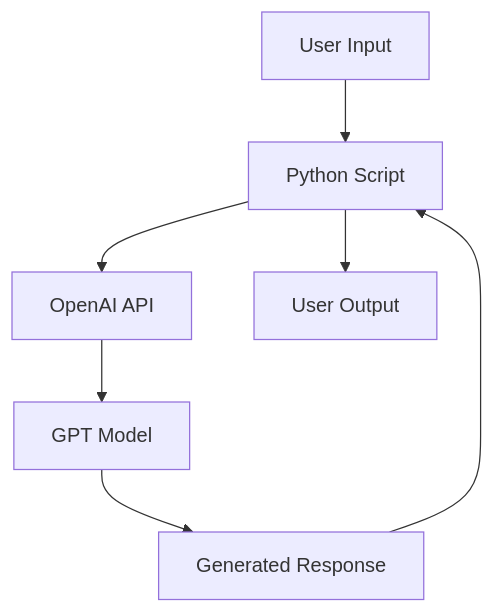
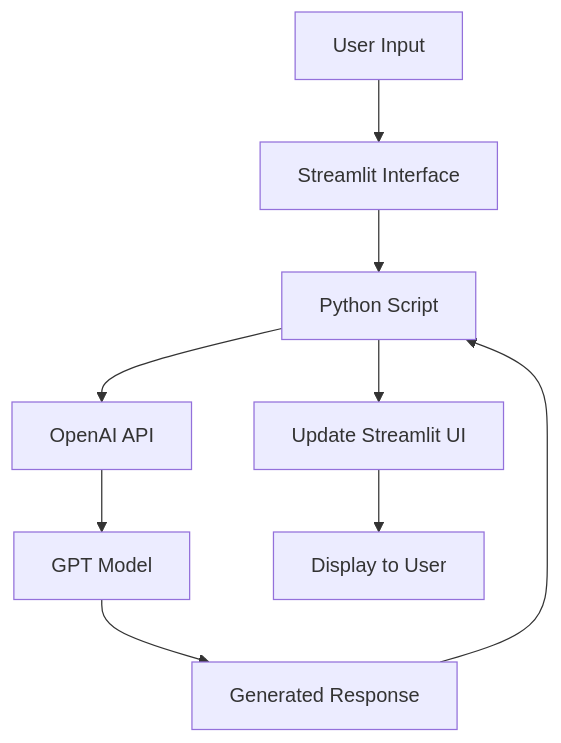
Before and after one commit to thecloudranger/simple-chatbot-streamlit-openai: the diagram in README.md, drawn with Mermaid. The commit also changed other lines of this file and 1 other file, not shown here.

Commit message:
README updated for streamlit

````diff
--- a/README.md
+++ b/README.md
@@ -34,9 +37,11 @@
 ```mermaid
 graph TD
-    A[User Input] --> B[Python Script]
-    B --> C[OpenAI API]
-    C --> D[GPT Model]
-    D --> E[Generated Response]
-    E --> B
-    B --> F[User Output]
+    A[User Input] --> B[Streamlit Interface]
+    B --> C[Python Script]
+    C --> D[OpenAI API]
+    D --> E[GPT Model]
+    E --> F[Generated Response]
+    F --> C
+    C --> G[Update Streamlit UI]
+    G --> H[Display to User]
 ```
````
